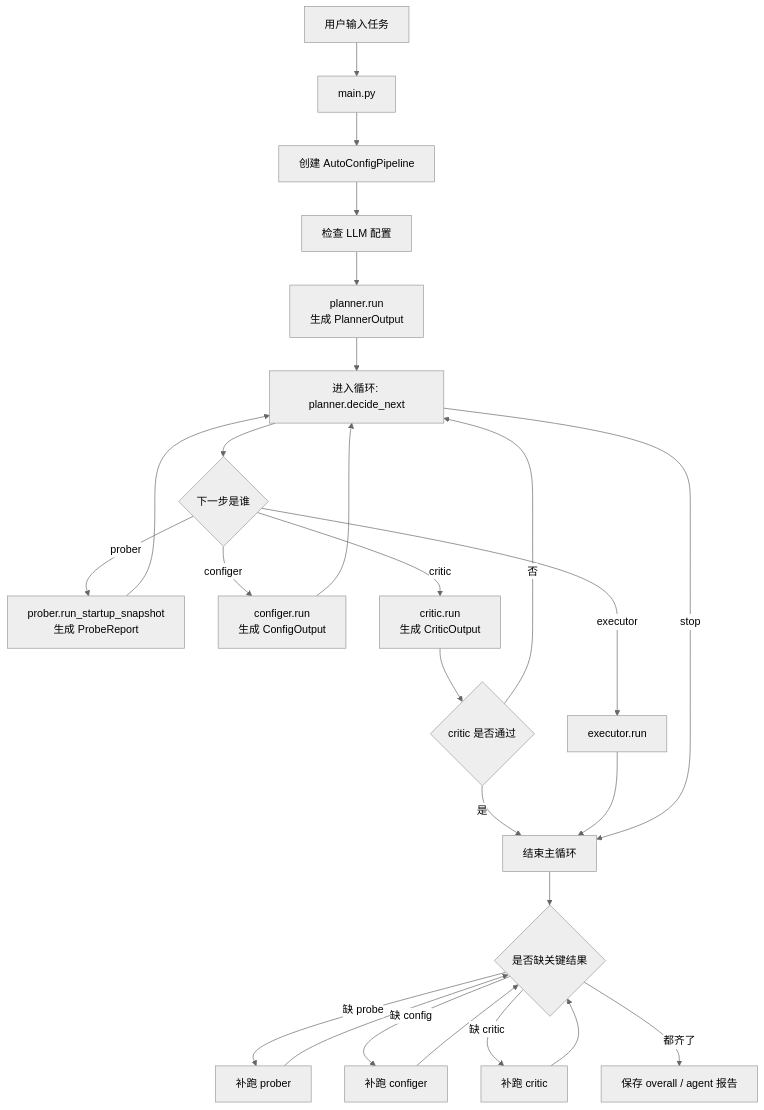
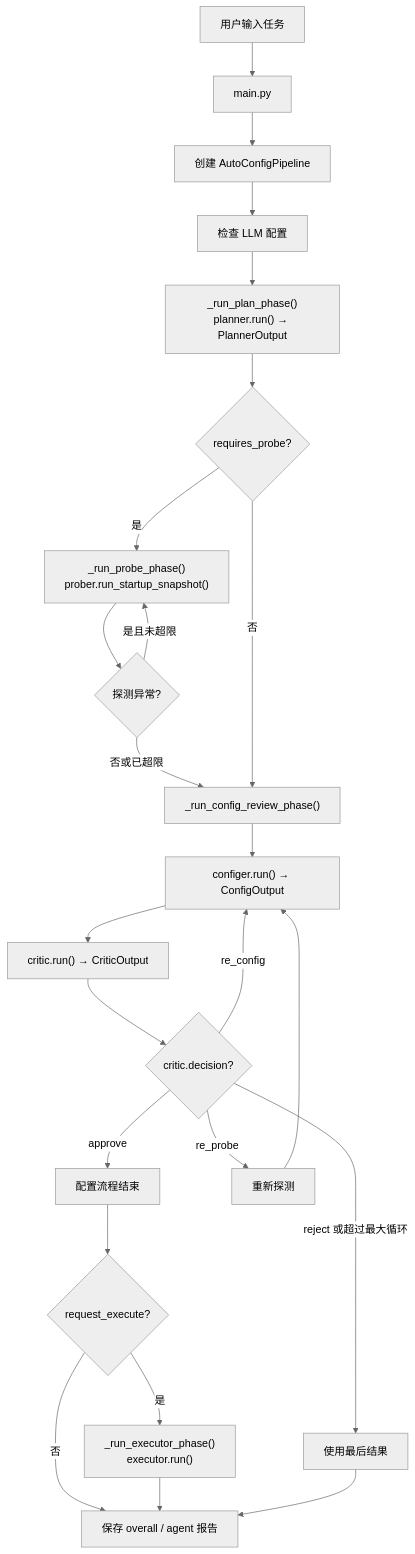
One commit to ZhengQu7777/AutoPriv changed the second of 2 diagrams in docs/框架梳理.md. Above: the diagram before and after it, drawn with Mermaid (neutral theme). The commit also changed other lines of this file and 17 other files, not shown here.

````diff
--- a/docs/框架梳理.md
+++ b/docs/框架梳理.md
@@ -362,34 +363,28 @@
 ```mermaid
 flowchart TD
     A[用户输入任务] --> B[main.py]
     B --> C[创建 AutoConfigPipeline]
     C --> D[检查 LLM 配置]
-    D --> E[planner.run<br/>生成 PlannerOutput]
-    E --> F[进入循环: planner.decide_next]
+    D --> E["_run_plan_phase()<br/>planner.run() → PlannerOutput"]
 
-    F --> G{下一步是谁}
-    G -->|prober| H[prober.run_startup_snapshot<br/>生成 ProbeReport]
-    H --> F
+    E --> F{requires_probe?}
+    F -->|是| G["_run_probe_phase()<br/>prober.run_startup_snapshot()"]
+    G --> H{探测异常?}
+    H -->|是且未超限| G
+    H -->|否或已超限| I["_run_config_review_phase()"]
+    F -->|否| I
 
-    G -->|configer| I[configer.run<br/>生成 ConfigOutput]
-    I --> F
+    I --> J["configer.run() → ConfigOutput"]
+    J --> K["critic.run() → CriticOutput"]
+    K --> L{critic.decision?}
+    L -->|approve| M[配置流程结束]
+    L -->|re_config| J
+    L -->|re_probe| G2[重新探测] --> J
+    L -->|reject 或超过最大循环| R[使用最后结果]
 
-    G -->|critic| J[critic.run<br/>生成 CriticOutput]
-    J --> K{critic 是否通过}
-    K -->|否| F
-    K -->|是| L[结束主循环]
-
-    G -->|executor| M[executor.run]
-    M --> L
-
-    F -->|stop| L
-
-    L --> N{是否缺关键结果}
-    N -->|缺 probe| O[补跑 prober]
-    O --> N
-    N -->|缺 config| P[补跑 configer]
-    P --> N
-    N -->|缺 critic| Q[补跑 critic]
-    Q --> N
-    N -->|都齐了| R[保存 overall / agent 报告]
+    M --> O{request_execute?}
+    O -->|是| P["_run_executor_phase()<br/>executor.run()"]
+    O -->|否| Q[保存 overall / agent 报告]
+    P --> Q
+    R --> Q
 ```
````
